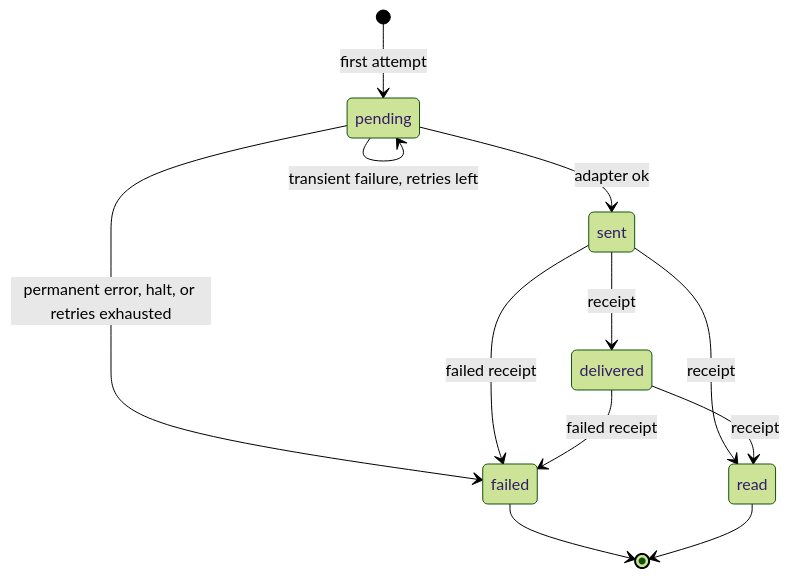
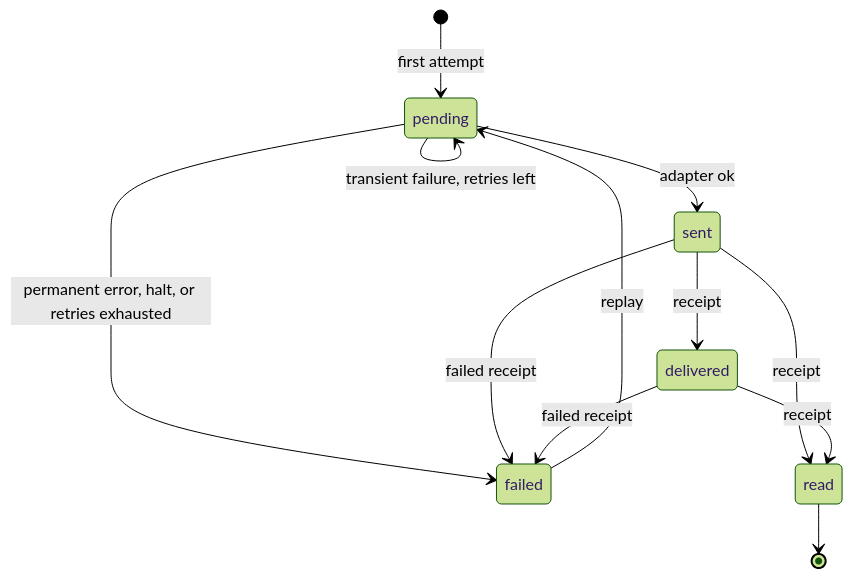
Before and after one commit to AimTune/converger: the diagram in docs/delivery.md, drawn with Mermaid (forest theme). The commit also changed other lines of this file and 31 other files, not shown here.

````diff
--- a/docs/delivery.md
+++ b/docs/delivery.md
@@ -23,14 +23,14 @@
 ```mermaid
 stateDiagram-v2
     [*] --> pending: first attempt
     pending --> pending: transient failure, retries left
     pending --> sent: adapter ok
     pending --> failed: permanent error, halt, or retries exhausted
     sent --> delivered: receipt
     sent --> read: receipt
     delivered --> read: receipt
     sent --> failed: failed receipt
     delivered --> failed: failed receipt
-    failed --> [*]
+    failed --> pending: replay
     read --> [*]
 ```
````
